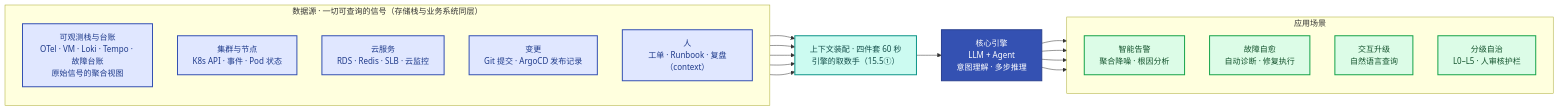
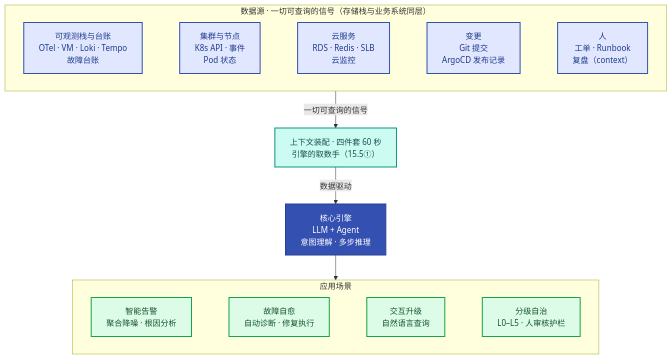
One commit to jackiesre721/ai-native-ops changed the first of 3 diagrams in docs/03-ainative-ops-paradigm.md. Above: the diagram before and after it, drawn with Mermaid. The commit also changed other lines of this file and 1 other file, not shown here.

Commit message:
fix(图表渲染): 根治 mermaid 被压扁——flex 容器 flex-shrink:0 + 核心图/闭环图改 TB 竖版
- 根因：容器 display:flex 居中布局下 flex 子项默认收缩，SVG 被压到容器宽（实测 3135px 自然宽压成 567px、字缩至 ~3px），max-width:none 管不住 flex-shrink
- custom.css：.mermaid svg 增加 flex-shrink:0，保住自然尺寸，超宽由卡片横向滚动
- 第 3 章六支柱核心图：LR（3135×231 过扁）改 TB，五个数据源用隐形链（~~~）强制单行排列（mermaid 忽略子图 direction 的 workaround），实测 1363×770
- 3.5 全链路闭环图：LR 11 节点链（2284×244）改 TB 竖向（562×1388），页面纵向滚动即可读完整个环
- 本地预览实测：三张图均按自然尺寸渲染、16px 字号可读

````diff
--- a/docs/03-ainative-ops-paradigm.md
+++ b/docs/03-ainative-ops-paradigm.md
@@ -11,38 +11,33 @@
 ```mermaid
-flowchart LR
+flowchart TB
     subgraph SRCS["数据源 · 一切可查询的信号（存储栈与业务系统同层）"]
-        direction TB
-        S0["可观测栈与台账<br/>OTel · VM · Loki · Tempo · 故障台账<br/>原始信号的聚合视图"]
-        S1["集群与节点<br/>K8s API · 事件 · Pod 状态"]
-        S2["云服务<br/>RDS · Redis · SLB · 云监控"]
-        S3["变更<br/>Git 提交 · ArgoCD 发布记录"]
-        S4["人<br/>工单 · Runbook · 复盘（context）"]
+        direction LR
+        S0["可观测栈与台账<br/>OTel · VM · Loki · Tempo<br/>故障台账"]
+        S1["集群与节点<br/>K8s API · 事件<br/>Pod 状态"]
+        S2["云服务<br/>RDS · Redis · SLB<br/>云监控"]
+        S3["变更<br/>Git 提交<br/>ArgoCD 发布记录"]
+        S4["人<br/>工单 · Runbook<br/>复盘（context）"]
+        S0 ~~~ S1 ~~~ S2 ~~~ S3 ~~~ S4
     end
     CTX["上下文装配 · 四件套 60 秒<br/>引擎的取数手（15.5①）"]
     E["核心引擎<br/>LLM + Agent<br/>意图理解 · 多步推理"]
     subgraph APPS["应用场景"]
-        direction TB
+        direction LR
         A["智能告警<br/>聚合降噪 · 根因分析"]
         F["故障自愈<br/>自动诊断 · 修复执行"]
         N["交互升级<br/>自然语言查询"]
         L["分级自治<br/>L0–L5 · 人审核护栏"]
+        A ~~~ F ~~~ N ~~~ L
     end
-    S0 --> CTX
-    S1 --> CTX
-    S2 --> CTX
-    S3 --> CTX
-    S4 --> CTX
-    CTX --> E
-    E --> A
-    E --> F
-    E --> N
-    E --> L
+    SRCS -->|"一切可查询的信号"| CTX
+    CTX -->|"数据驱动"| E
+    E --> APPS
     classDef src fill:#e0e7ff,stroke:#3451b2,color:#1e3a8a,stroke-width:2px
     classDef ctx fill:#ccfbf1,stroke:#0d9488,color:#134e4a,stroke-width:2px
     classDef eng fill:#3451b2,color:#ffffff,stroke:#2a4090,stroke-width:2px
     classDef app fill:#dcfce7,stroke:#16a34a,color:#14532d,stroke-width:2px
     class S0,S1,S2,S3,S4 src
     class CTX ctx
     class E eng
     class A,F,N,L app
 ```
````
